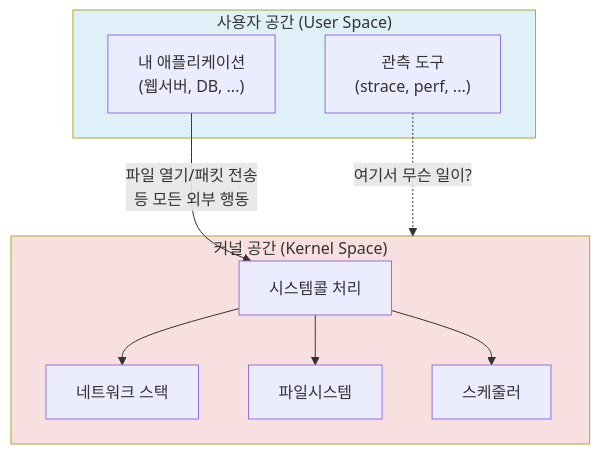
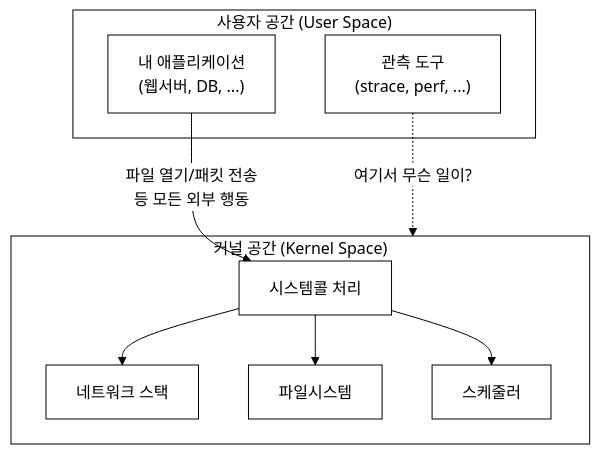
One commit to iamywl/ebpf-lab changed the first of 4 diagrams in docs/lecture/01주차_과목개요와_왜_eBPF인가.md. Above: the diagram before and after it, drawn with Mermaid. The commit also changed other lines of this file and 33 other files, not shown here.

First line of the commit message:
강의자료: 다이어그램 흑백(논문 스타일) 통일 + 실제 실행 스크린샷 삽입

````diff
--- a/docs/lecture/01주차_과목개요와_왜_eBPF인가.md
+++ b/docs/lecture/01주차_과목개요와_왜_eBPF인가.md
@@ -22,18 +22,19 @@
 ```mermaid
+%%{init: {"theme":"base","themeVariables":{"background":"#ffffff","primaryColor":"#ffffff","primaryBorderColor":"#000000","primaryTextColor":"#000000","secondaryColor":"#ffffff","secondaryBorderColor":"#000000","secondaryTextColor":"#000000","tertiaryColor":"#ffffff","tertiaryBorderColor":"#000000","tertiaryTextColor":"#000000","lineColor":"#000000","textColor":"#000000","mainBkg":"#ffffff","secondBkg":"#ffffff","clusterBkg":"#ffffff","clusterBorder":"#000000","edgeLabelBackground":"#ffffff","nodeBorder":"#000000","defaultLinkColor":"#000000","titleColor":"#000000","actorBkg":"#ffffff","actorBorder":"#000000","actorTextColor":"#000000","actorLineColor":"#000000","signalColor":"#000000","signalTextColor":"#000000","labelBoxBkgColor":"#ffffff","labelBoxBorderColor":"#000000","labelTextColor":"#000000","loopTextColor":"#000000","noteBkgColor":"#ffffff","noteBorderColor":"#000000","noteTextColor":"#000000","activationBkgColor":"#ffffff","activationBorderColor":"#000000","sequenceNumberColor":"#000000","cScale0":"#ffffff","cScale1":"#ffffff","cScale2":"#ffffff","cScale3":"#ffffff","cScale4":"#ffffff","cScale5":"#ffffff","cScale6":"#ffffff","cScale7":"#ffffff","cScale8":"#ffffff","cScale9":"#ffffff","cScale10":"#ffffff","cScale11":"#ffffff","cScaleLabel0":"#000000","cScaleLabel1":"#000000","cScaleLabel2":"#000000","cScaleLabel3":"#000000","cScaleLabel4":"#000000","cScaleLabel5":"#000000","cScaleLabel6":"#000000","cScaleLabel7":"#000000","cScaleLabel8":"#000000","cScaleLabel9":"#000000","cScaleLabel10":"#000000","cScaleLabel11":"#000000","pie1":"#ffffff","pie2":"#eeeeee","pie3":"#dddddd","pie4":"#cccccc","fontFamily":"Georgia, serif"}}}%%
 flowchart TB
     subgraph User["사용자 공간 (User Space)"]
         App["내 애플리케이션\n(웹서버, DB, ...)"]
         Tool["관측 도구\n(strace, perf, ...)"]
     end
     subgraph Kernel["커널 공간 (Kernel Space)"]
         SC["시스템콜 처리"]
         Net["네트워크 스택"]
         FS["파일시스템"]
         Sched["스케줄러"]
     end
     App -->|"파일 열기/패킷 전송\n등 모든 외부 행동"| SC
     SC --> Net & FS & Sched
     Tool -.->|"여기서 무슨 일이?"| Kernel
-    style Kernel fill:#f9e0e0
-    style User fill:#e0f0f9
+    style Kernel fill:#ffffff
+    style User fill:#ffffff
 ```
````
